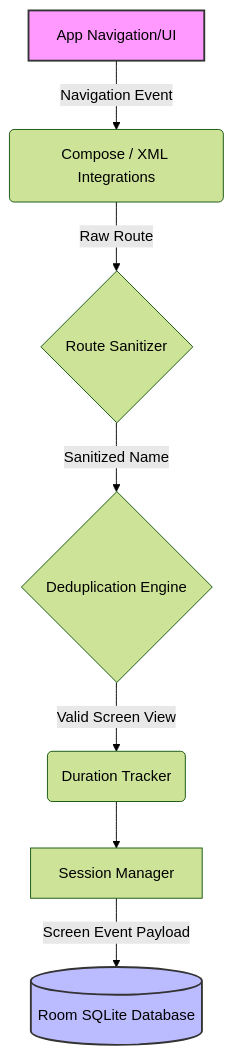
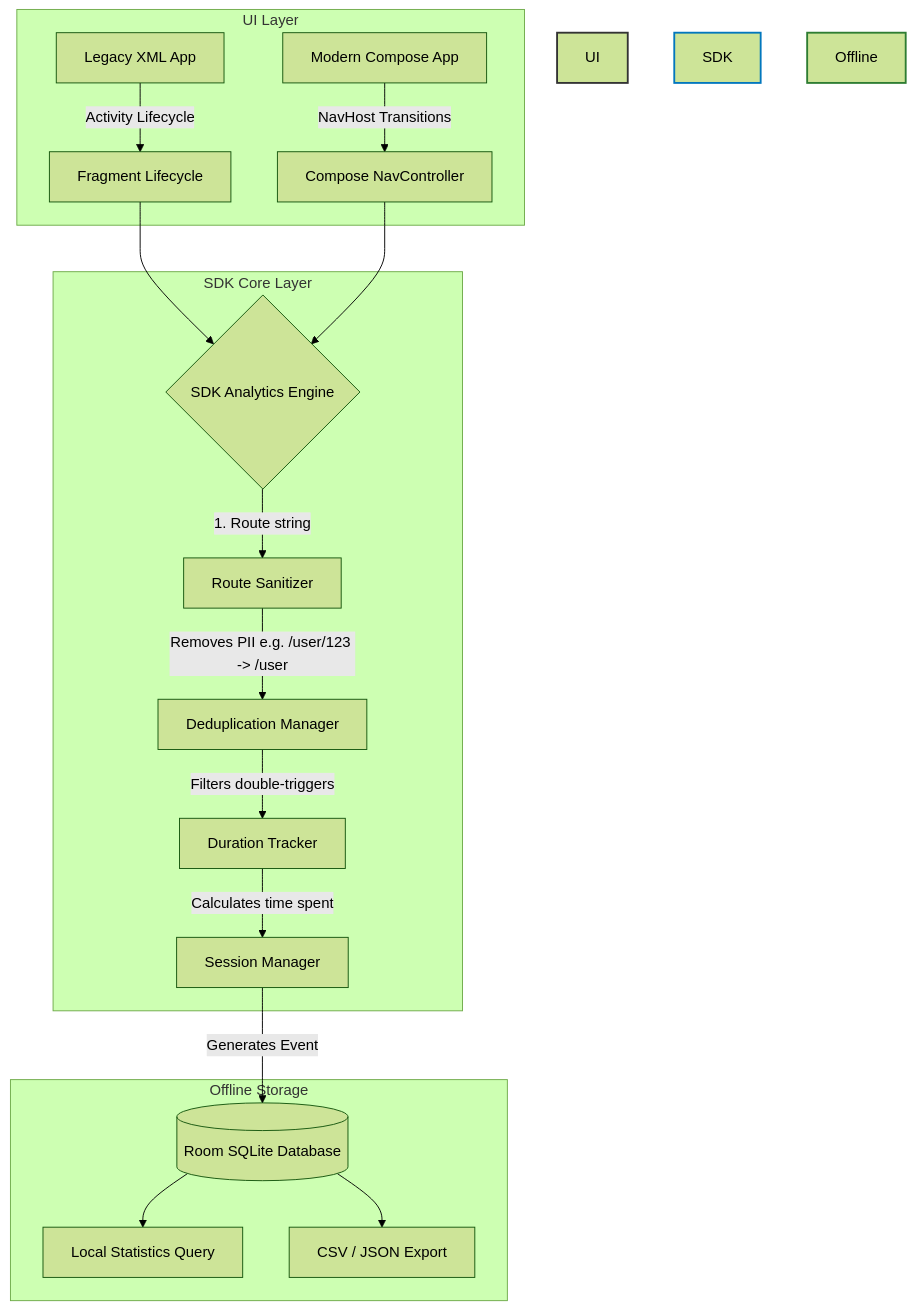
One commit to gargpadmakar/screen-analytics-android changed the diagram in README.md. Above: the diagram before and after it, drawn with Mermaid (forest theme). The commit also changed other lines of this file, not shown here.

Commit message:
Update README: Add use cases and detailed architecture diagrams

````diff
--- a/README.md
+++ b/README.md
@@ -127,12 +28,30 @@
 ```mermaid
 graph TD
-    A[App Navigation/UI] -->|Navigation Event| B(Compose / XML Integrations)
-    B -->|Raw Route| C{Route Sanitizer}
-    C -->|Sanitized Name| D{Deduplication Engine}
-    D -->|Valid Screen View| E(Duration Tracker)
-    E --> F[Session Manager]
-    F -->|Screen Event Payload| G[(Room SQLite Database)]
-    
-    style A fill:#f9f,stroke:#333,stroke-width:2px
-    style G fill:#bbf,stroke:#333,stroke-width:2px
+    %% User Interfaces
+    subgraph UI Layer
+        A[Legacy XML App] -->|Activity Lifecycle| B[Fragment Lifecycle]
+        C[Modern Compose App] -->|NavHost Transitions| D[Compose NavController]
+    end
+
+    %% SDK Core Engine
+    subgraph SDK Core Layer
+        B --> E{SDK Analytics Engine}
+        D --> E
+        
+        E -->|1. Route string| F[Route Sanitizer]
+        F -->|Removes PII e.g. /user/123 -> /user| G[Deduplication Manager]
+        G -->|Filters double-triggers| H[Duration Tracker]
+        H -->|Calculates time spent| I[Session Manager]
+    end
+
+    %% Storage Layer
+    subgraph Offline Storage
+        I -->|Generates Event| J[(Room SQLite Database)]
+        J --> K[Local Statistics Query]
+        J --> L[CSV / JSON Export]
+    end
+
+    style UI Layer fill:#f5f5f5,stroke:#333,stroke-width:2px
+    style SDK Core Layer fill:#e1f5fe,stroke:#0277bd,stroke-width:2px
+    style Offline Storage fill:#e8f5e9,stroke:#2e7d32,stroke-width:2px
 ```
````
